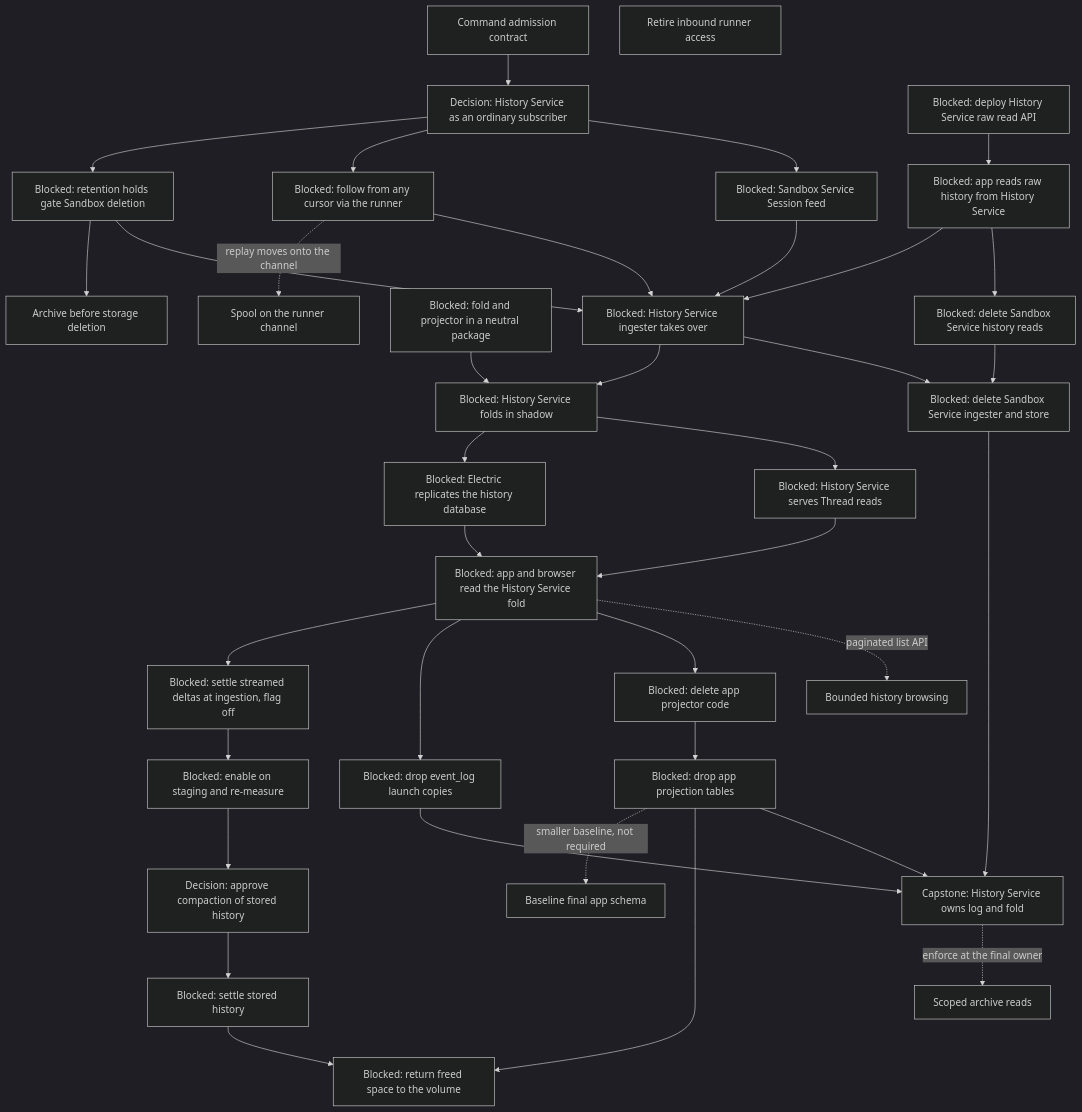
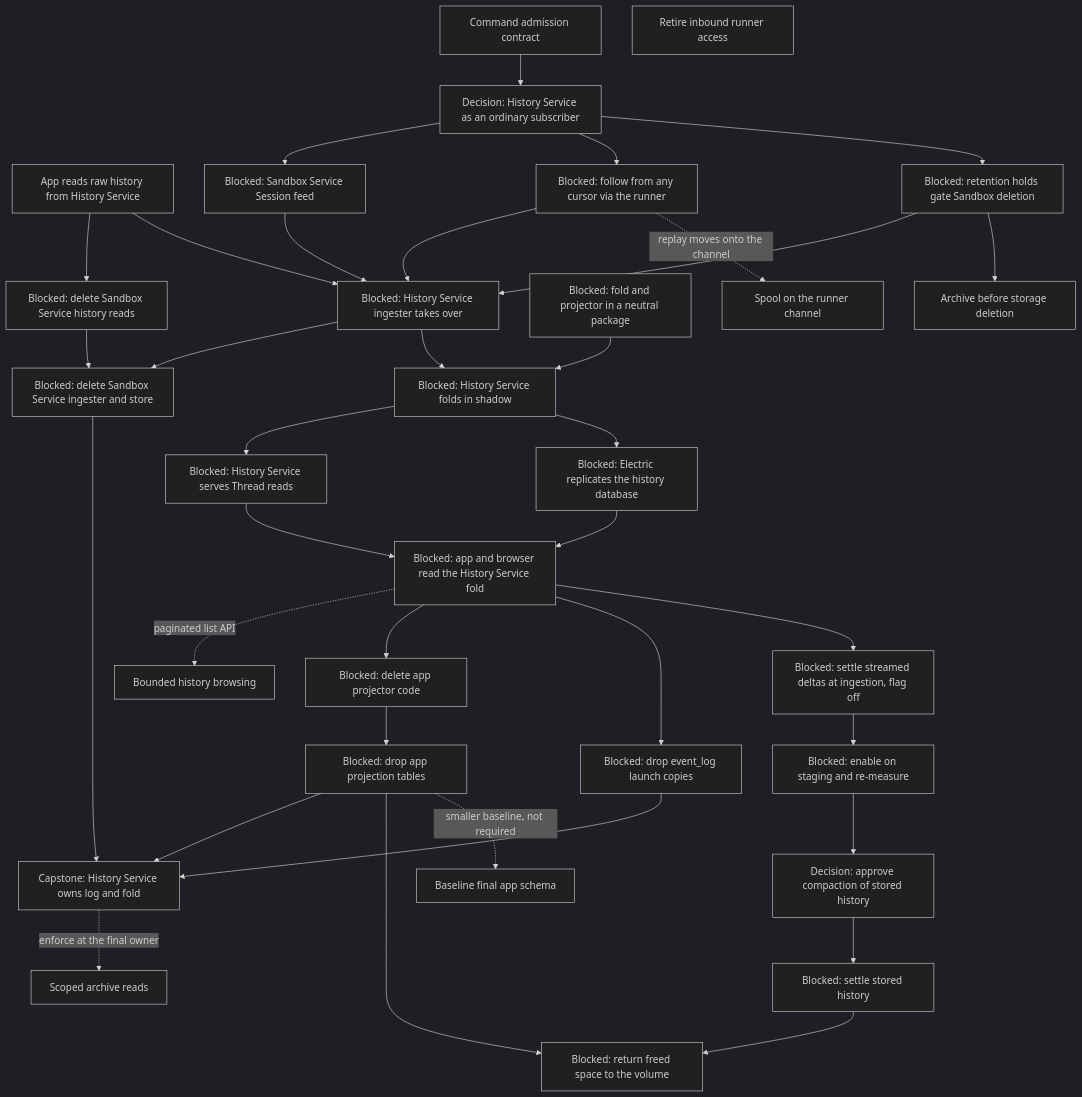
One commit to agentydragon/ducktape changed the eighth of 9 diagrams in agentplane/plans/task_dag.md. Above: the diagram before and after it, drawn with Mermaid (dark theme). The commit also changed other lines of this file and 9 other files, not shown here.

First line of the commit message:
agentplane: deploy the History Service read API

````diff
--- a/agentplane/plans/task_dag.md
+++ b/agentplane/plans/task_dag.md
@@ -768,68 +768,66 @@
 ```mermaid
 flowchart TD
     SESSION_FOLLOW_CONTRACT[Decision: History Service as an ordinary subscriber]
     SESSION_COMMAND_CONTRACT[Command admission contract]
-    HISTORY_SERVICE_BRINGUP[Blocked: deploy History Service raw read API]
-    HISTORY_READ_CUTOVER[Blocked: app reads raw history from History Service]
+    HISTORY_READ_CUTOVER[App reads raw history from History Service]
     SANDBOX_HISTORY_READS_RETIRE[Blocked: delete Sandbox Service history reads]
     SESSION_WATCH[Blocked: Sandbox Service Session feed]
     FOLLOW_REPLAY[Blocked: follow from any cursor via the runner]
     RETENTION_HOLDS[Blocked: retention holds gate Sandbox deletion]
     HISTORY_WRITE_HANDOFF[Blocked: History Service ingester takes over]
     SANDBOX_LOCAL_HISTORY_RETIRE[Blocked: delete Sandbox Service ingester and store]
     FOLD_LIBRARY_EXTRACT[Blocked: fold and projector in a neutral package]
     FOLD_SHADOW[Blocked: History Service folds in shadow]
     FOLD_READ_API[Blocked: History Service serves Thread reads]
     ELECTRIC_HISTORY_SOURCE[Blocked: Electric replicates the history database]
     FOLD_READ_CUTOVER[Blocked: app and browser read the History Service fold]
     APP_PROJECTOR_RETIRE[Blocked: delete app projector code]
     APP_PROJECTION_RETIRE[Blocked: drop app projection tables]
     APP_EVENT_LOG_COPIES_RETIRE[Blocked: drop event_log launch copies]
     HISTORY_SERVICE_OWNERSHIP[Capstone: History Service owns log and fold]
     SESSION_EVENT_RETENTION[Blocked: settle streamed deltas at ingestion, flag off]
     SESSION_EVENT_RETENTION_ENABLE[Blocked: enable on staging and re-measure]
     SESSION_EVENT_COMPACTION_PLAN[Decision: approve compaction of stored history]
     SESSION_EVENT_COMPACTION[Blocked: settle stored history]
     HISTORY_REPACK[Blocked: return freed space to the volume]
     APP_ALEMBIC_SQUASH[Baseline final app schema]
     THREAD_BROWSE_PAGINATE[Bounded history browsing]
     THREAD_READ_POLICY[Scoped archive reads]
     RUNNER_OUTBOUND_SPOOL[Spool on the runner channel]
     RUNNER_INBOUND_RETIRE[Retire inbound runner access]
     SANDBOX_LIFECYCLE_DURABILITY[Archive before storage deletion]
     SESSION_COMMAND_CONTRACT --> SESSION_FOLLOW_CONTRACT
-    HISTORY_SERVICE_BRINGUP --> HISTORY_READ_CUTOVER
     HISTORY_READ_CUTOVER --> SANDBOX_HISTORY_READS_RETIRE
     SESSION_FOLLOW_CONTRACT --> SESSION_WATCH
     SESSION_FOLLOW_CONTRACT --> FOLLOW_REPLAY
     SESSION_FOLLOW_CONTRACT --> RETENTION_HOLDS
     SESSION_WATCH --> HISTORY_WRITE_HANDOFF
     FOLLOW_REPLAY --> HISTORY_WRITE_HANDOFF
     RETENTION_HOLDS --> HISTORY_WRITE_HANDOFF
     HISTORY_READ_CUTOVER --> HISTORY_WRITE_HANDOFF
     HISTORY_WRITE_HANDOFF --> SANDBOX_LOCAL_HISTORY_RETIRE
     SANDBOX_HISTORY_READS_RETIRE --> SANDBOX_LOCAL_HISTORY_RETIRE
     FOLD_LIBRARY_EXTRACT --> FOLD_SHADOW
     HISTORY_WRITE_HANDOFF --> FOLD_SHADOW
     FOLD_SHADOW --> FOLD_READ_API
     FOLD_SHADOW --> ELECTRIC_HISTORY_SOURCE
     FOLD_READ_API --> FOLD_READ_CUTOVER
     FOLD_READ_CUTOVER -. paginated list API .-> THREAD_BROWSE_PAGINATE
     ELECTRIC_HISTORY_SOURCE --> FOLD_READ_CUTOVER
     FOLD_READ_CUTOVER --> APP_PROJECTOR_RETIRE
     APP_PROJECTOR_RETIRE --> APP_PROJECTION_RETIRE
     FOLD_READ_CUTOVER --> APP_EVENT_LOG_COPIES_RETIRE
     APP_EVENT_LOG_COPIES_RETIRE --> HISTORY_SERVICE_OWNERSHIP
     APP_PROJECTION_RETIRE --> HISTORY_SERVICE_OWNERSHIP
     SANDBOX_LOCAL_HISTORY_RETIRE --> HISTORY_SERVICE_OWNERSHIP
     FOLD_READ_CUTOVER --> SESSION_EVENT_RETENTION
     SESSION_EVENT_RETENTION --> SESSION_EVENT_RETENTION_ENABLE
     SESSION_EVENT_RETENTION_ENABLE --> SESSION_EVENT_COMPACTION_PLAN
     SESSION_EVENT_COMPACTION_PLAN --> SESSION_EVENT_COMPACTION
     SESSION_EVENT_COMPACTION --> HISTORY_REPACK
     APP_PROJECTION_RETIRE --> HISTORY_REPACK
     APP_PROJECTION_RETIRE -. smaller baseline, not required .-> APP_ALEMBIC_SQUASH
     HISTORY_SERVICE_OWNERSHIP -. enforce at the final owner .-> THREAD_READ_POLICY
     FOLLOW_REPLAY -. replay moves onto the channel .-> RUNNER_OUTBOUND_SPOOL
     RETENTION_HOLDS --> SANDBOX_LIFECYCLE_DURABILITY
 ```
````
